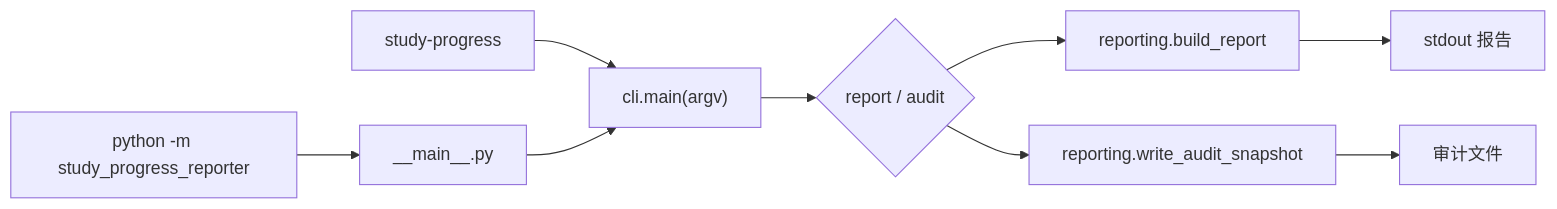
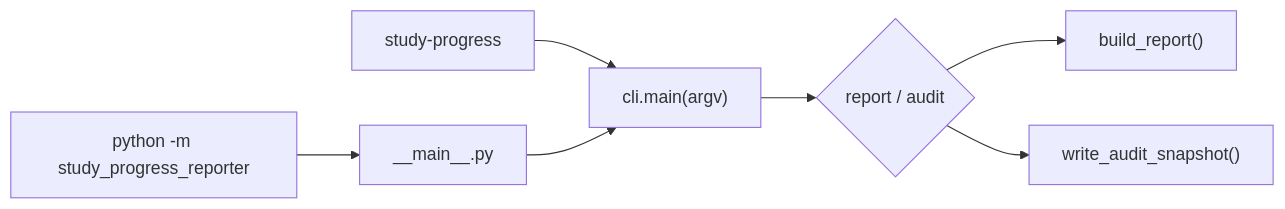
The diagram in learning-paths/programming-languages/python-core/06-package-structure-installable-cli.md (cafelemon/become_engineer), drawn with Mermaid before and after one commit. The commit also changed other lines of this file and 205 other files, not shown here.

````diff
--- a/learning-paths/programming-languages/python-core/06-package-structure-installable-cli.md
+++ b/learning-paths/programming-languages/python-core/06-package-structure-installable-cli.md
@@ -81,11 +128,9 @@
-```mermaid
+~~~mermaid
 flowchart LR
     A["study-progress"] --> C["cli.main(argv)"]
     B["python -m study_progress_reporter"] --> D["__main__.py"]
     D --> C
     C --> E{"report / audit"}
-    E --> F["reporting.build_report"]
-    E --> G["reporting.write_audit_snapshot"]
-    F --> H["stdout 报告"]
-    G --> I["审计文件"]
-```
+    E --> F["build_report()"]
+    E --> G["write_audit_snapshot()"]
+~~~
````
